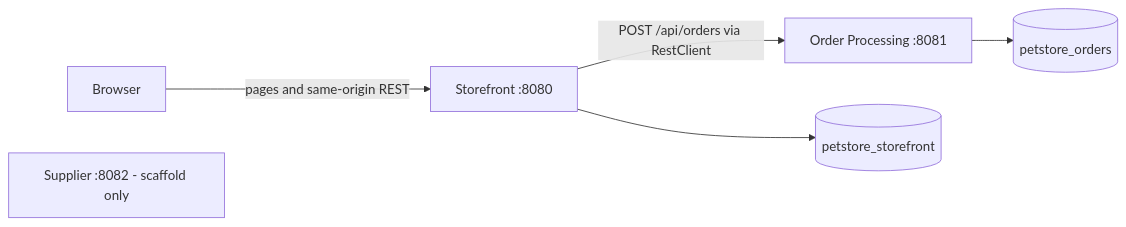
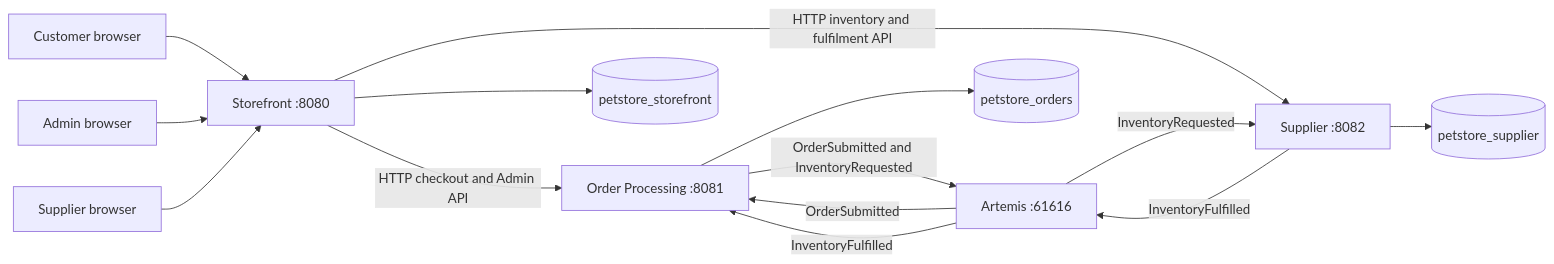
One commit to the-sagar/petstore-modernized changed the diagram in docs/06-target-architecture.md. Above: the diagram before and after it, drawn with Mermaid. The commit also changed other lines of this file and 10 other files, not shown here.

````diff
--- a/docs/06-target-architecture.md
+++ b/docs/06-target-architecture.md
@@ -25,8 +17,16 @@
 ```mermaid
 flowchart LR
-    B[Browser] -->|pages and same-origin REST| S[Storefront :8080]
-    S -->|POST /api/orders via RestClient| O[Order Processing :8081]
+    C[Customer browser] --> S[Storefront :8080]
+    A[Admin browser] --> S
+    U[Supplier browser] --> S
+    S -->|HTTP checkout and Admin API| O[Order Processing :8081]
+    S -->|HTTP inventory and fulfilment API| P[Supplier :8082]
+    O -->|OrderSubmitted and InventoryRequested| J[Artemis :61616]
+    J -->|OrderSubmitted| O
+    J -->|InventoryRequested| P
+    P -->|InventoryFulfilled| J
+    J -->|InventoryFulfilled| O
     S --> SD[(petstore_storefront)]
     O --> OD[(petstore_orders)]
-    P[Supplier :8082 - scaffold only]
+    P --> PD[(petstore_supplier)]
 ```
````
